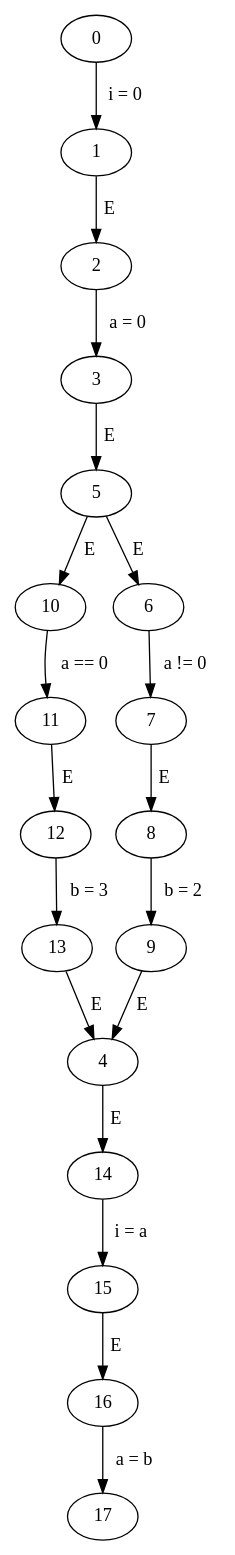
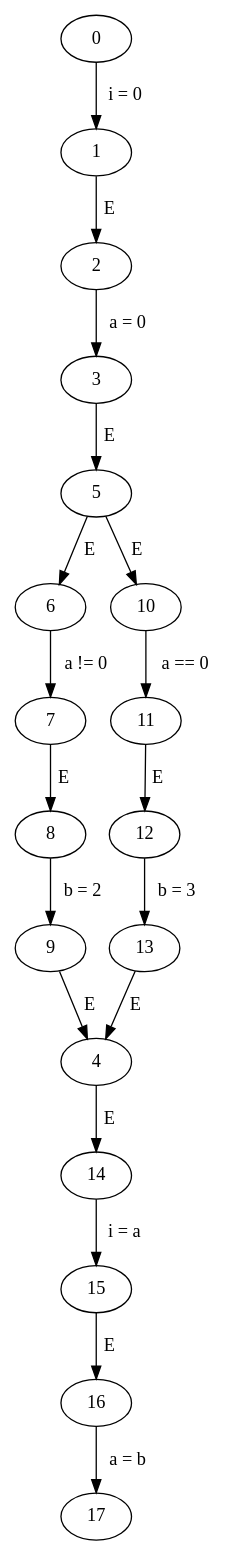
One commit to Harman309/project6 changed the diagram in code/cfgs/if/if.gv. Above: the diagram before and after it, drawn with Graphviz. The commit also changed other lines of this file and 35 other files, not shown here.

```diff
--- a/code/cfgs/if/if.gv
+++ b/code/cfgs/if/if.gv
@@ -1,21 +1,21 @@
 // if
 digraph {
 	14 -> 15 [label=" i = a "]
-	0 -> 1 [label=" i = 0 "]
-	4 -> 14 [label=" E "]
-	5 -> 10 [label=" E "]
-	10 -> 11 [label=" a == 0 "]
-	5 -> 6 [label=" E "]
-	16 -> 17 [label=" a = b "]
-	6 -> 7 [label=" a != 0 "]
-	15 -> 16 [label=" E "]
-	12 -> 13 [label=" b = 3 "]
 	3 -> 5 [label=" E "]
 	1 -> 2 [label=" E "]
+	7 -> 8 [label=" E "]
+	5 -> 6 [label=" E "]
+	0 -> 1 [label=" i = 0 "]
+	13 -> 4 [label=" E "]
+	16 -> 17 [label=" a = b "]
+	4 -> 14 [label=" E "]
 	11 -> 12 [label=" E "]
+	10 -> 11 [label=" a == 0 "]
 	2 -> 3 [label=" a = 0 "]
 	9 -> 4 [label=" E "]
-	13 -> 4 [label=" E "]
+	5 -> 10 [label=" E "]
+	15 -> 16 [label=" E "]
+	6 -> 7 [label=" a != 0 "]
+	12 -> 13 [label=" b = 3 "]
 	8 -> 9 [label=" b = 2 "]
-	7 -> 8 [label=" E "]
 }
```
